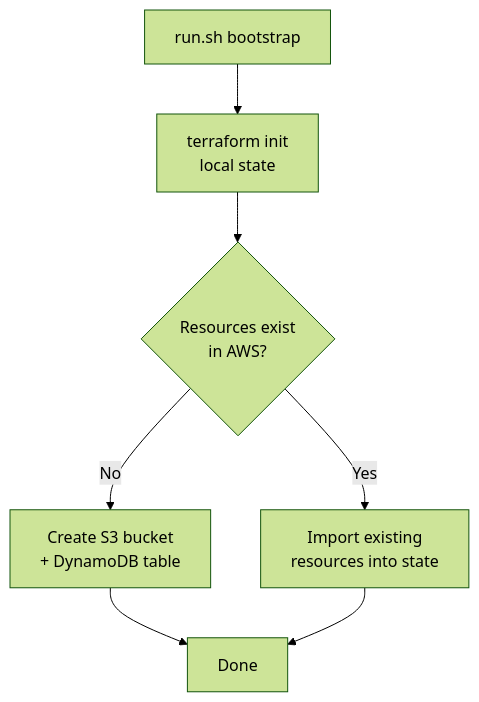
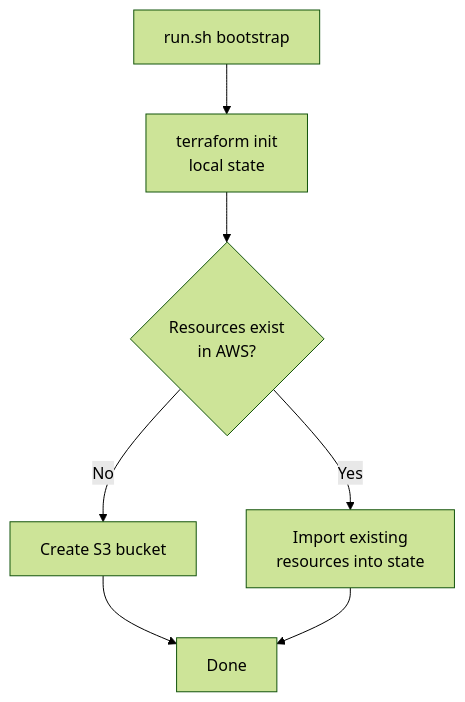
The second of 2 diagrams in terraform/buildkite-agents/bootstrap/README.md (mock-server/mockserver), drawn with Mermaid (forest theme) before and after one commit. The commit also changed other lines of this file and 14 other files, not shown here.

````diff
--- a/terraform/buildkite-agents/bootstrap/README.md
+++ b/terraform/buildkite-agents/bootstrap/README.md
@@ -39,9 +35,9 @@
 ```mermaid
 flowchart TD
     A[run.sh bootstrap] --> B[terraform init<br/>local state]
     B --> C{Resources exist<br/>in AWS?}
-    C -->|No| D[Create S3 bucket<br/>+ DynamoDB table]
+    C -->|No| D[Create S3 bucket]
     C -->|Yes| E[Import existing<br/>resources into state]
     D --> F[Done]
     E --> F
 ```
````
